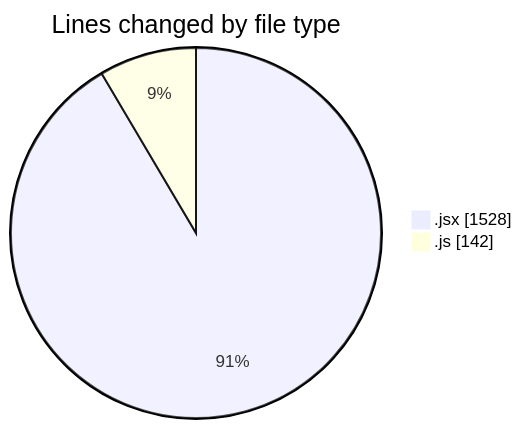
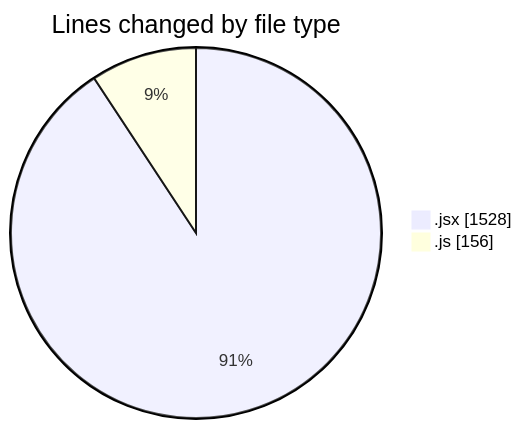
One commit to nxtqubesakshisongat/code-tracking changed the first of 2 diagrams in 2025-05-22/nxtqube_webapp/README.md. Above: the diagram before and after it, drawn with Mermaid. The commit also changed other lines of this file and 1 other file, not shown here.

````diff
--- a/2025-05-22/nxtqube_webapp/README.md
+++ b/2025-05-22/nxtqube_webapp/README.md
@@ -21,6 +21,6 @@
 ```mermaid
 pie showData
 title Lines changed by file type
 ".jsx" : 1528
-".js" : 142
+".js" : 156
 ```
````
